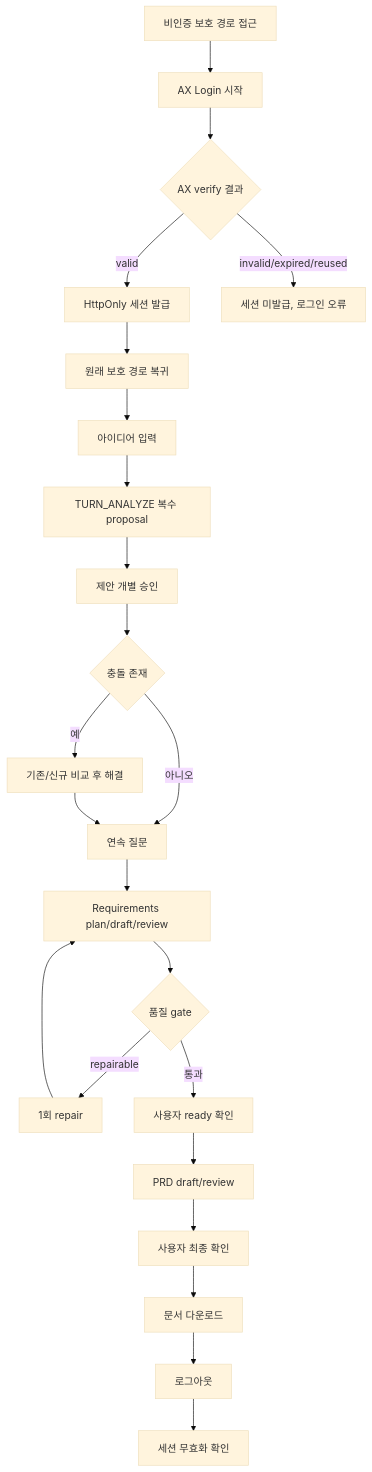
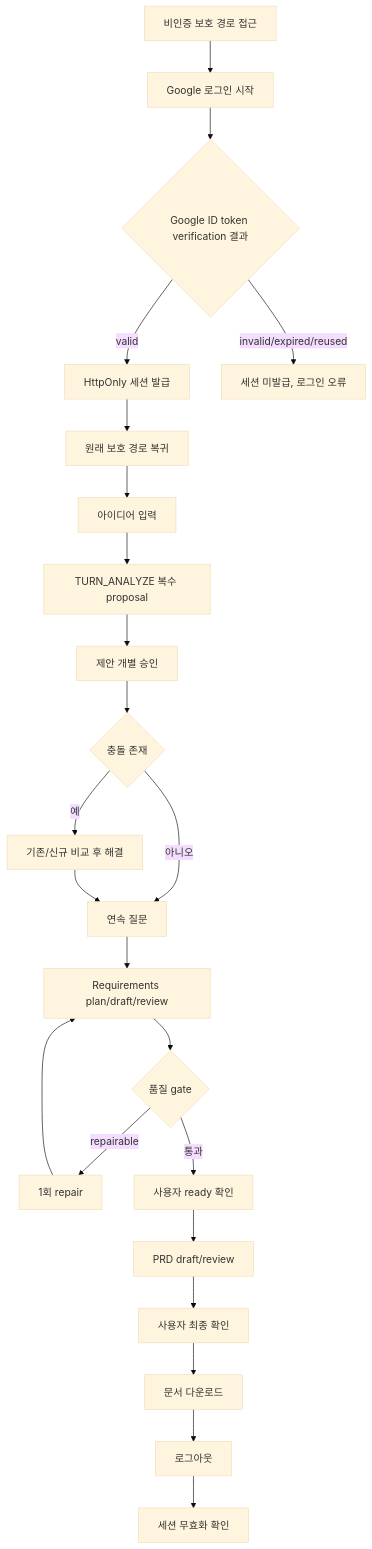
Before and after one commit to donghyunlee-dev/ai-agent-blueprint: the diagram in docs/tasks/QLT-PR-02/plan.md, drawn with Mermaid (base theme). The commit also changed other lines of this file and 42 other files, not shown here.

````diff
--- a/docs/tasks/QLT-PR-02/plan.md
+++ b/docs/tasks/QLT-PR-02/plan.md
@@ -48,24 +48,24 @@
 ```mermaid
 flowchart TD
-    A[비인증 보호 경로 접근] --> B[AX Login 시작]
-    B --> C{AX verify 결과}
+    A[비인증 보호 경로 접근] --> B[Google 로그인 시작]
+    B --> C{Google ID token verification 결과}
     C -- valid --> D[HttpOnly 세션 발급]
     C -- invalid/expired/reused --> E[세션 미발급, 로그인 오류]
     D --> F[원래 보호 경로 복귀]
     F --> G[아이디어 입력]
     G --> H[TURN_ANALYZE 복수 proposal]
     H --> I[제안 개별 승인]
     I --> J{충돌 존재}
     J -- 예 --> K[기존/신규 비교 후 해결]
     J -- 아니오 --> L[연속 질문]
     K --> L
     L --> M[Requirements plan/draft/review]
     M --> N{품질 gate}
     N -- repairable --> O[1회 repair] --> M
     N -- 통과 --> P[사용자 ready 확인]
     P --> Q[PRD draft/review]
     Q --> R[사용자 최종 확인]
     R --> S[문서 다운로드]
     S --> T[로그아웃]
     T --> U[세션 무효화 확인]
 ```
````
